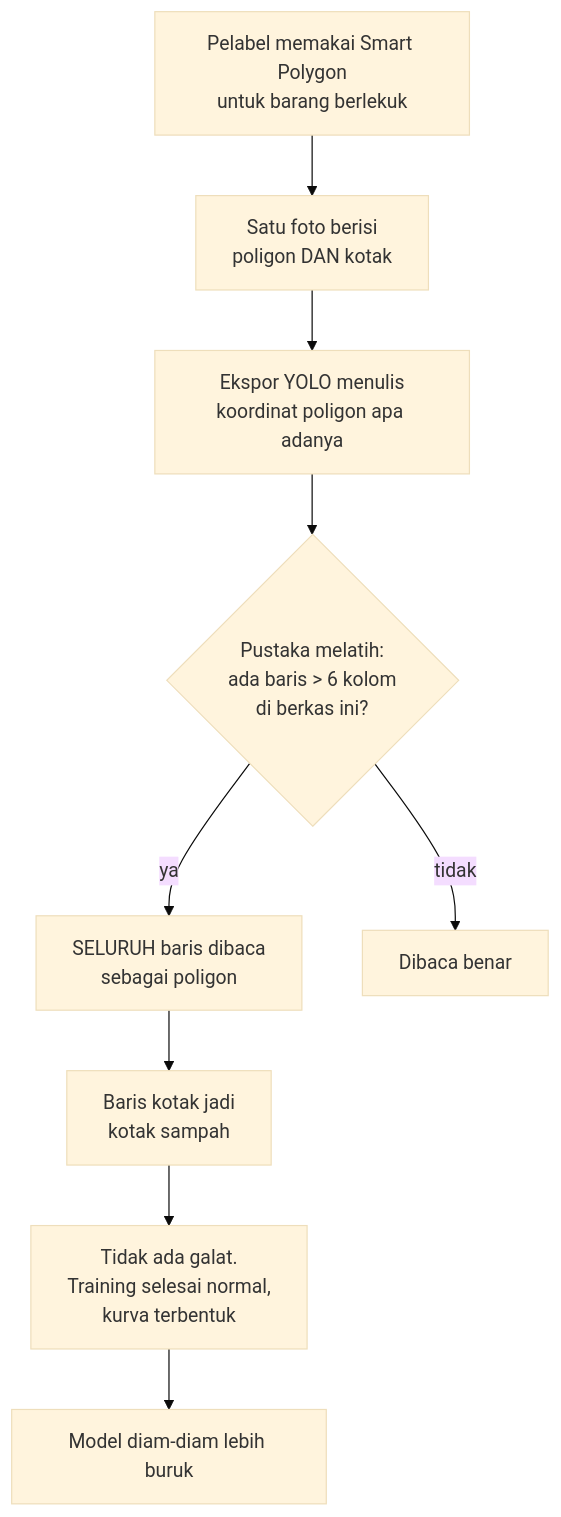
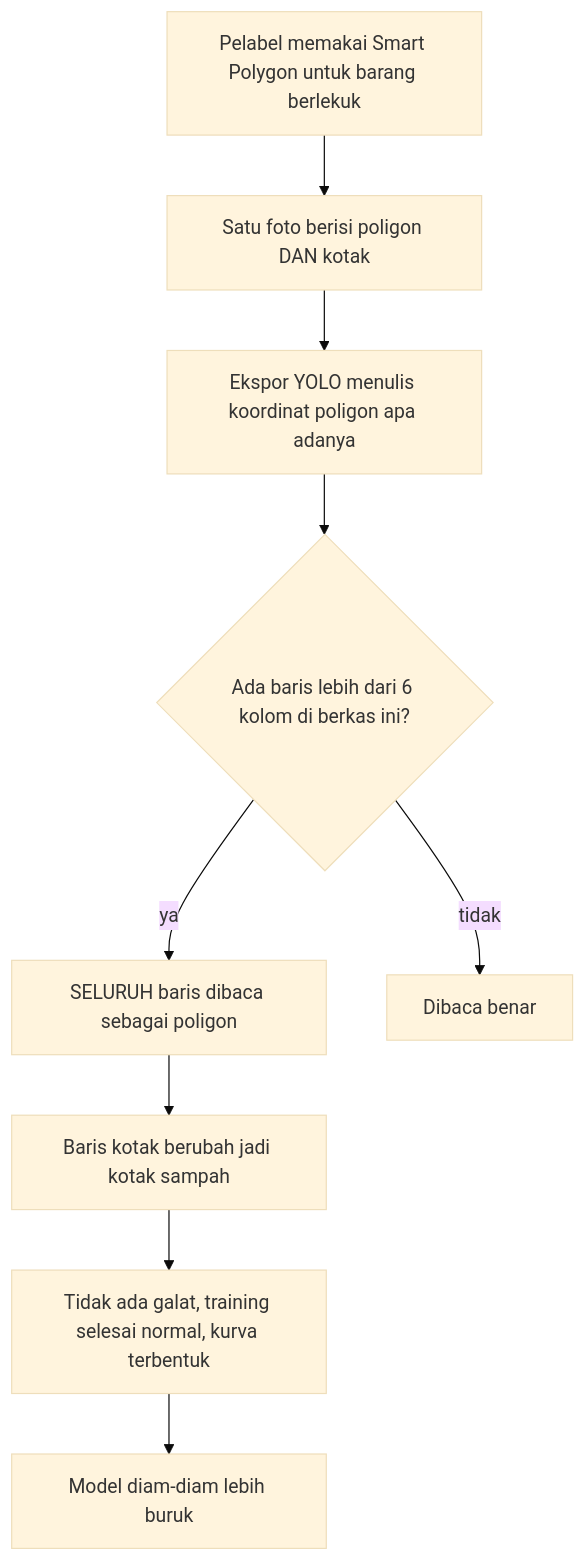
One commit to marshal-rizky/Stocklens changed diagram 11 of 11 in docs/proposal/DRAFT-PROPOSAL.md. Above: the diagram before and after it, drawn with Mermaid (base theme). The commit also changed other lines of this file and 2 other files, not shown here.

````diff
--- a/docs/proposal/DRAFT-PROPOSAL.md
+++ b/docs/proposal/DRAFT-PROPOSAL.md
@@ -561,11 +525,15 @@
 ```mermaid
 flowchart TB
-    A["Pelabel memakai Smart Polygon<br/>untuk barang berlekuk"] --> B["Satu foto berisi<br/>poligon DAN kotak"]
-    B --> C["Ekspor YOLO menulis<br/>koordinat poligon apa adanya"]
-    C --> D{"Pustaka melatih:<br/>ada baris > 6 kolom<br/>di berkas ini?"}
-    D -->|"ya"| E["SELURUH baris dibaca<br/>sebagai poligon"]
-    E --> F["Baris kotak jadi<br/>kotak sampah"]
-    F --> G["Tidak ada galat.<br/>Training selesai normal,<br/>kurva terbentuk"]
-    G --> H["Model diam-diam lebih buruk"]
-    D -->|"tidak"| I["Dibaca benar"]
+    A["Pelabel memakai Smart Polygon untuk barang berlekuk"]
+    B["Satu foto berisi poligon DAN kotak"]
+    C["Ekspor YOLO menulis koordinat poligon apa adanya"]
+    D{"Ada baris lebih dari 6 kolom di berkas ini?"}
+    E["SELURUH baris dibaca sebagai poligon"]
+    F["Baris kotak berubah jadi kotak sampah"]
+    G["Tidak ada galat, training selesai normal, kurva terbentuk"]
+    H["Model diam-diam lebih buruk"]
+    I["Dibaca benar"]
+    A --> B --> C --> D
+    D -- ya --> E --> F --> G --> H
+    D -- tidak --> I
 ```
````
